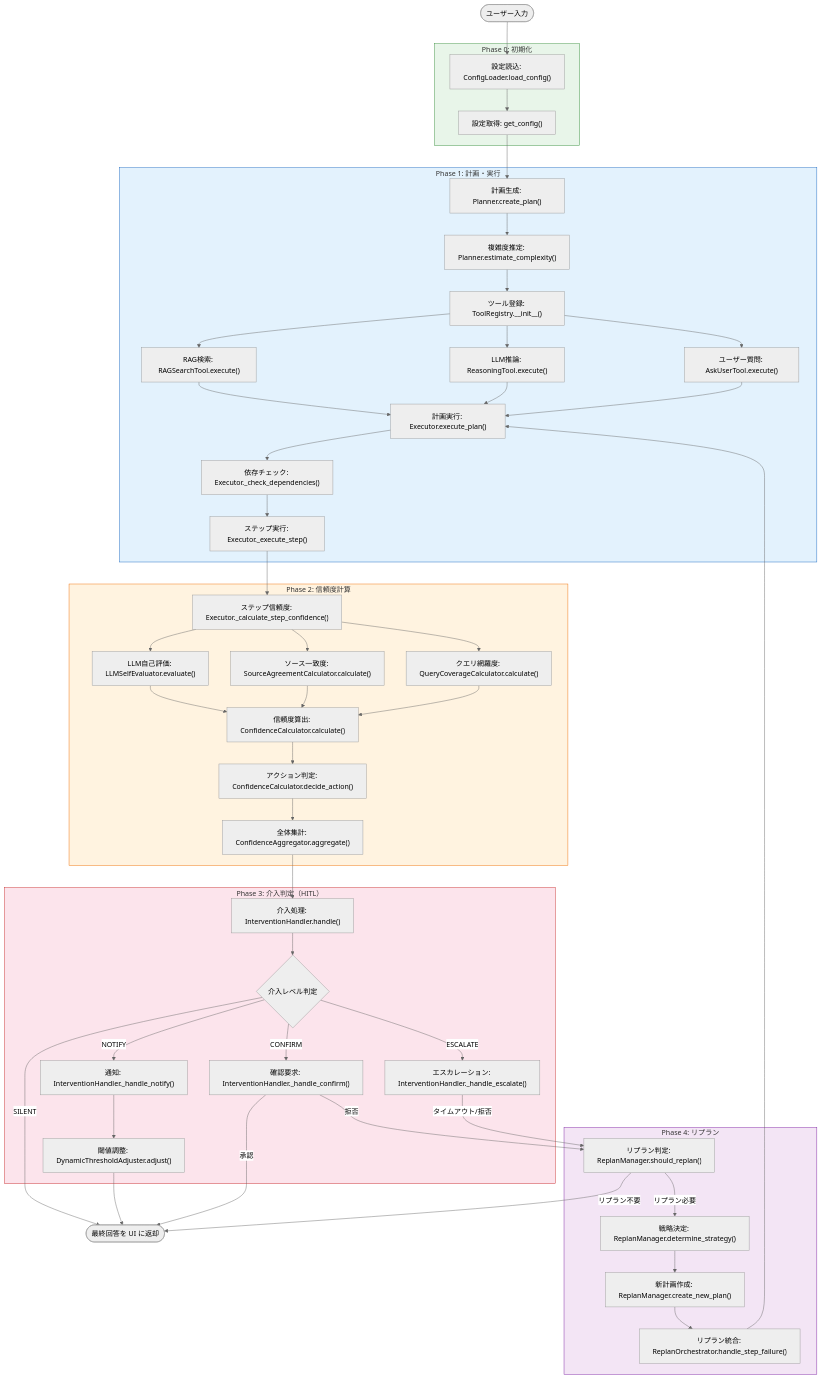
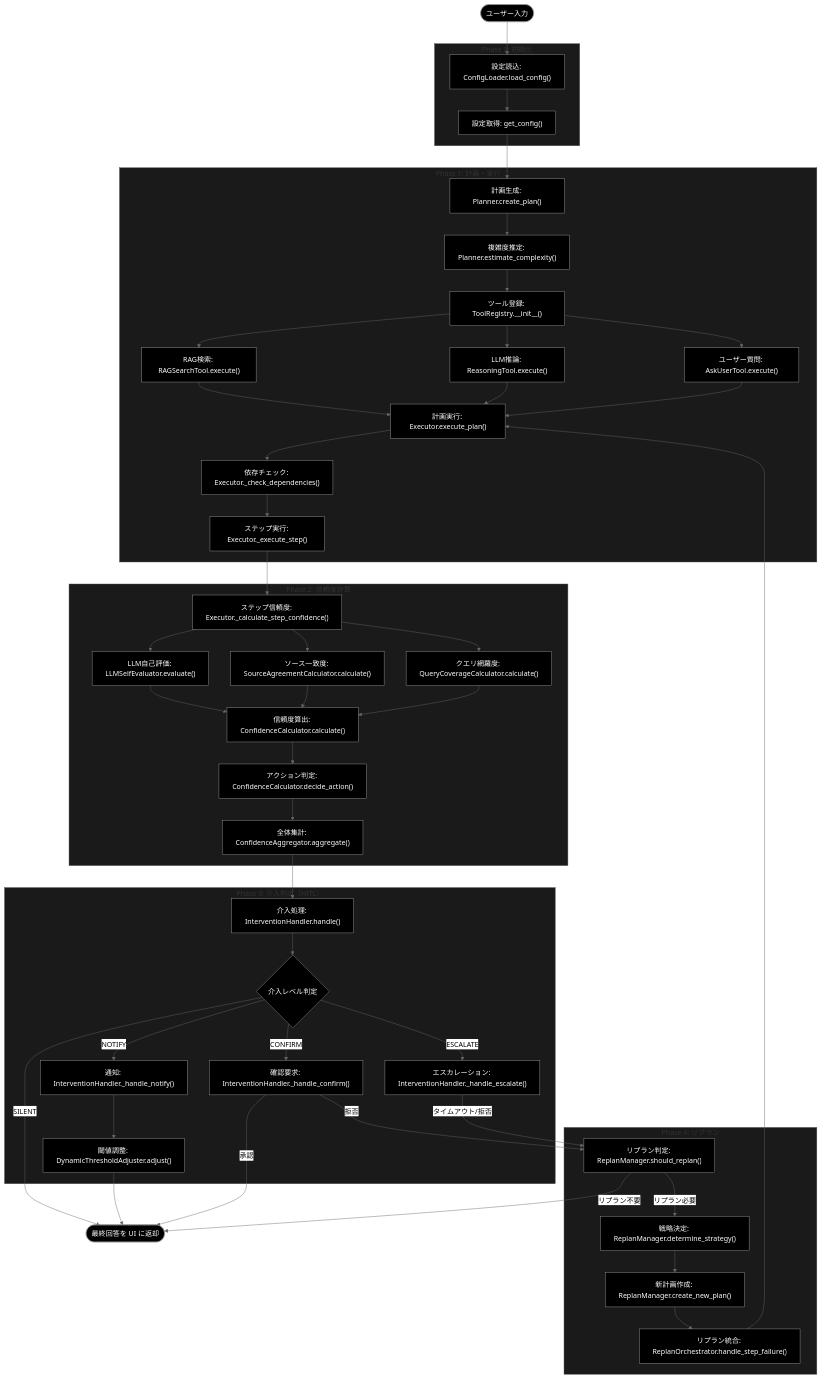
Before and after one commit to nakashima2toshio/anthropic_grace_agent: the first of 2 diagrams in grace/doc/grace_process.md, drawn with Mermaid (neutral theme). The commit also changed other lines of this file and 18 other files, not shown here.

````diff
--- a/grace/doc/grace_process.md
+++ b/grace/doc/grace_process.md
@@ -105,9 +108,39 @@
     J -->|リプラン不要| RESULT
     J -->|リプラン必要| J1 --> J2 --> K --> E
 
-    style Phase0 fill:#e8f5e9,stroke:#388e3c
-    style Phase1 fill:#e3f2fd,stroke:#1565c0
-    style Phase2 fill:#fff3e0,stroke:#ef6c00
-    style Phase3 fill:#fce4ec,stroke:#c62828
-    style Phase4 fill:#f3e5f5,stroke:#7b1fa2
+    style START fill:#000,color:#fff
+    style RESULT fill:#000,color:#fff
+    style A fill:#000,color:#fff
+    style B fill:#000,color:#fff
+    style C fill:#000,color:#fff
+    style C1 fill:#000,color:#fff
+    style D fill:#000,color:#fff
+    style D1 fill:#000,color:#fff
+    style D2 fill:#000,color:#fff
+    style D3 fill:#000,color:#fff
+    style E fill:#000,color:#fff
+    style E1 fill:#000,color:#fff
+    style E2 fill:#000,color:#fff
+    style F fill:#000,color:#fff
+    style F1 fill:#000,color:#fff
+    style F2 fill:#000,color:#fff
+    style F3 fill:#000,color:#fff
+    style G fill:#000,color:#fff
+    style G1 fill:#000,color:#fff
+    style H fill:#000,color:#fff
+    style I fill:#000,color:#fff
+    style I1 fill:#000,color:#fff
+    style I2 fill:#000,color:#fff
+    style I3 fill:#000,color:#fff
+    style I4 fill:#000,color:#fff
+    style I5 fill:#000,color:#fff
+    style J fill:#000,color:#fff
+    style J1 fill:#000,color:#fff
+    style J2 fill:#000,color:#fff
+    style K fill:#000,color:#fff
+    style Phase0 fill:#1a1a1a,stroke:#555
+    style Phase1 fill:#1a1a1a,stroke:#555
+    style Phase2 fill:#1a1a1a,stroke:#555
+    style Phase3 fill:#1a1a1a,stroke:#555
+    style Phase4 fill:#1a1a1a,stroke:#555
 ```
````
